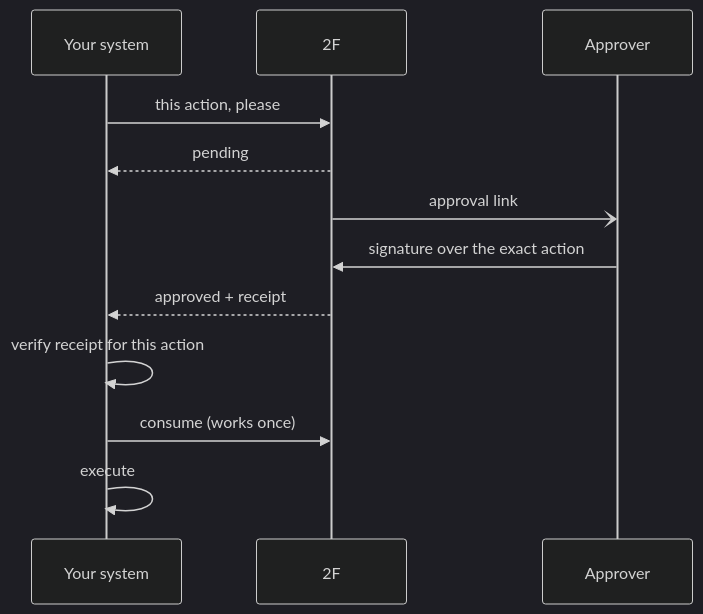
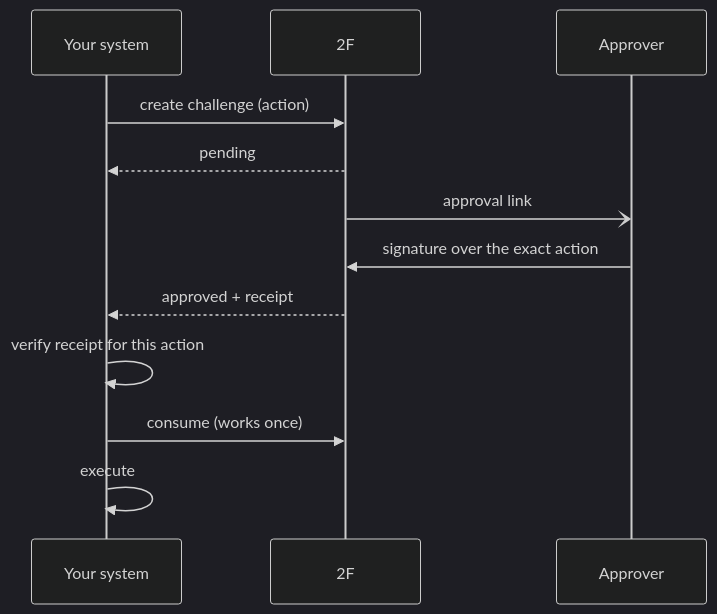
One commit to zanzarini/2f changed the second of 2 diagrams in README.md. Above: the diagram before and after it, drawn with Mermaid (dark theme). The commit also changed other lines of this file and 6 other files, not shown here.

````diff
--- a/README.md
+++ b/README.md
@@ -47,14 +44,14 @@
 ```mermaid
 sequenceDiagram
     participant C as Your system
     participant S as 2F
     participant A as Approver
-    C->>S: this action, please
+    C->>S: create challenge (action)
     S-->>C: pending
     S-)A: approval link
     A->>S: signature over the exact action
     S-->>C: approved + receipt
     C->>C: verify receipt for this action
     C->>S: consume (works once)
     C->>C: execute
 ```
````
